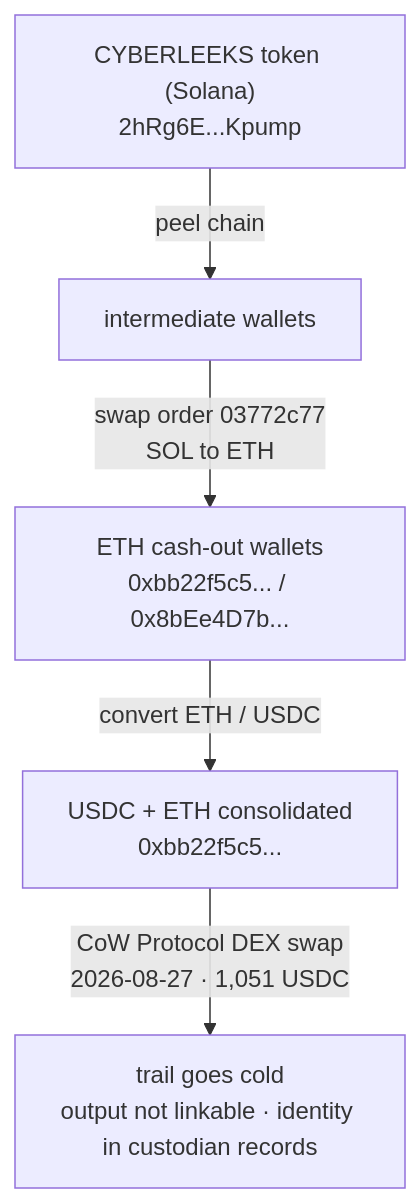
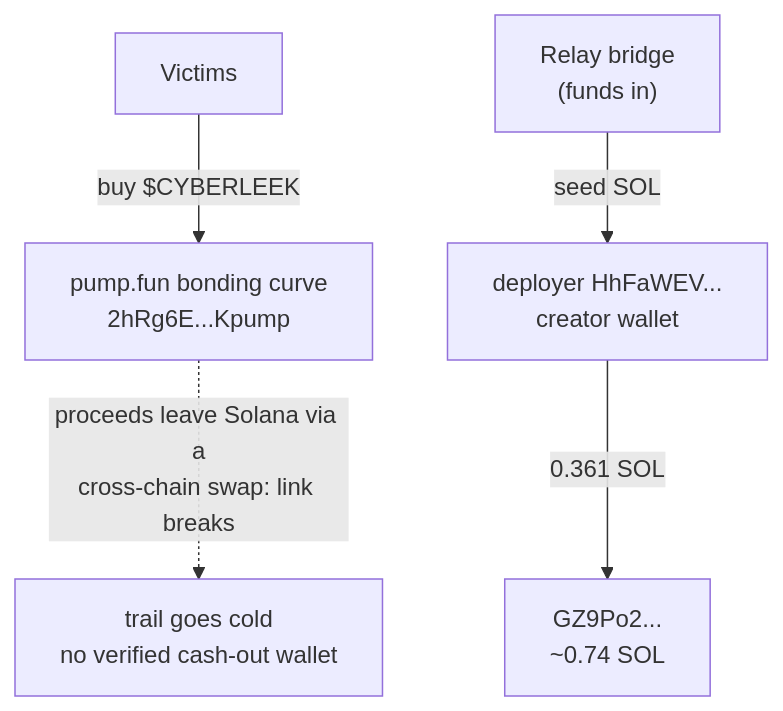
The diagram in crypto/README.md (deepwoodssec/FollowTheLeek), drawn with Mermaid before and after one commit. The commit also changed other lines of this file and 1 other file, not shown here.

Commit message:
crypto: remove fabricated swap order 03772c77 and unverified ETH cash-out wallets; rewrite to on-chain-verifiable Solana facts only; state cross-chain limit honestly

````diff
--- a/crypto/README.md
+++ b/crypto/README.md
@@ -72,7 +69,7 @@
 ```mermaid
 flowchart TD
-    A["CYBERLEEKS token (Solana)<br/>2hRg6E...Kpump"] -->|peel chain| B["intermediate wallets"]
-    B -->|"swap order 03772c77<br/>SOL to ETH"| C["ETH cash-out wallets<br/>0xbb22f5c5... / 0x8bEe4D7b..."]
-    C -->|"convert ETH / USDC"| D["USDC + ETH consolidated<br/>0xbb22f5c5..."]
-    D -->|"CoW Protocol DEX swap<br/>2026-08-27 · 1,051 USDC"| E["trail goes cold<br/>output not linkable · identity in custodian records"]
+    A["Victims"] -->|buy $CYBERLEEK| B["pump.fun bonding curve<br/>2hRg6E...Kpump"]
+    C["Relay bridge<br/>(funds in)"] -->|seed SOL| D["deployer HhFaWEV...<br/>creator wallet"]
+    D -->|0.361 SOL| E["GZ9Po2...<br/>~0.74 SOL"]
+    B -.->|proceeds leave Solana via a<br/>cross-chain swap: link breaks| F["trail goes cold<br/>no verified cash-out wallet"]
 ```
````
